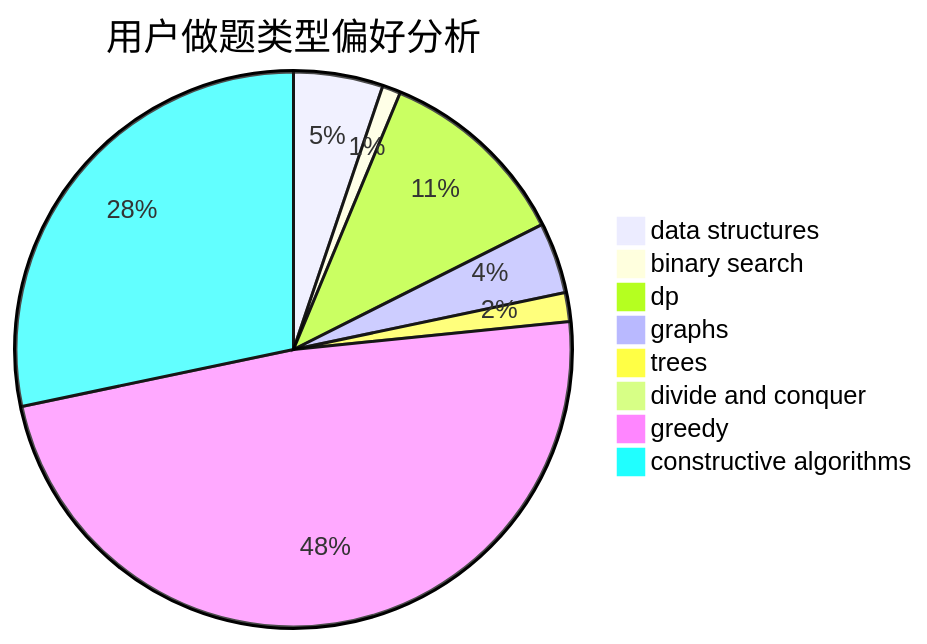
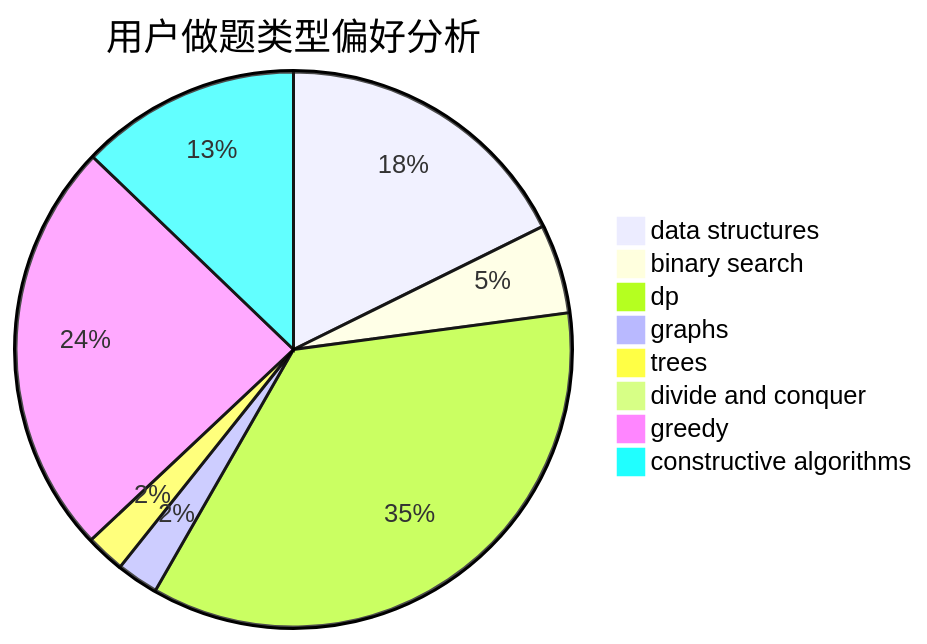
The second of 3 diagrams in docs/user/u719.md (sherpahu/cfrs.github.io), drawn with Mermaid before and after one commit. The commit also changed other lines of this file and 2770 other files, not shown here.

````diff
--- a/docs/user/u719.md
+++ b/docs/user/u719.md
@@ -23,11 +23,11 @@
 ```mermaid
 pie title 用户做题类型偏好分析
-    "data structures" :  34
-    "binary search" :  7
-    "dp" :  74
-    "graphs" :  27
-    "trees" :  11
-    "divide and conquer" :  0
-    "greedy" :  316
-    "constructive algorithms" :  185
+    "data structures" :  109
+    "binary search" :  32
+    "dp" :  218
+    "graphs" :  15
+    "trees" :  14
+    "divide and conquer" :  4
+    "greedy" :  149
+    "constructive algorithms" :  79
 ```
````
